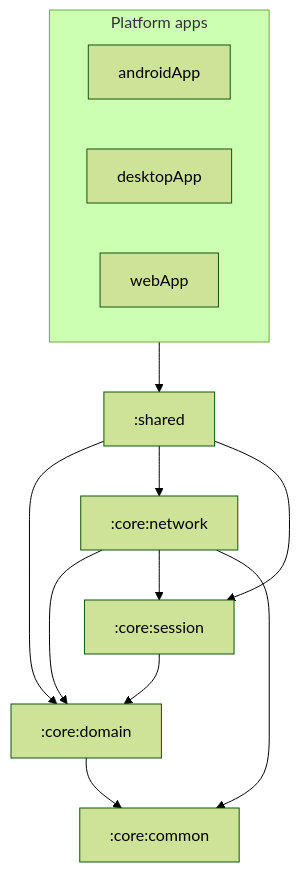
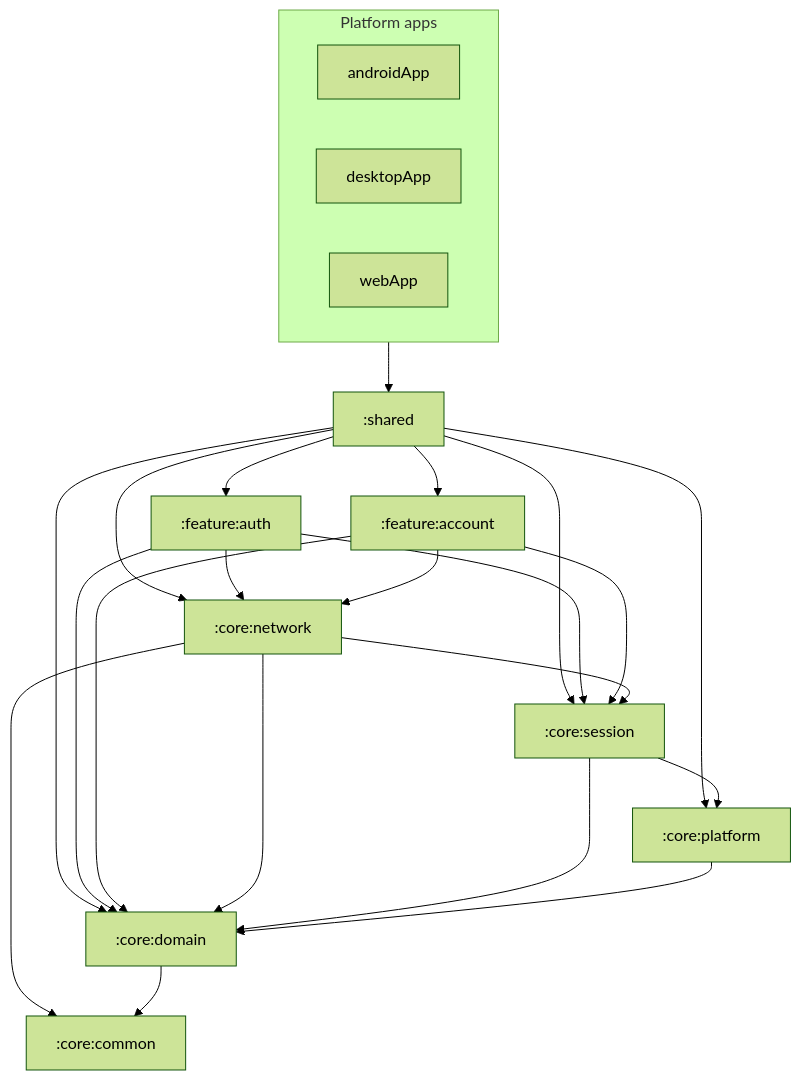
The diagram in docs/dependency-rules.md (cavidyrm/vitran-frontend), drawn with Mermaid (forest theme) before and after one commit. The commit also changed other lines of this file and 113 other files, not shown here.

First line of the commit message:
Implement Phase 3 session, authentication, and account infrastructure.

````diff
--- a/docs/dependency-rules.md
+++ b/docs/dependency-rules.md
@@ -7,24 +7,38 @@
 ```mermaid
 flowchart TB
   subgraph apps [Platform apps]
     androidApp
     desktopApp
     webApp
   end
 
   sharedMod[":shared"]
+  featAuth[":feature:auth"]
+  featAccount[":feature:account"]
   coreDomain[":core:domain"]
   coreNetwork[":core:network"]
   coreSession[":core:session"]
+  corePlatform[":core:platform"]
   coreCommon[":core:common"]
 
   apps --> sharedMod
+  sharedMod --> featAuth
+  sharedMod --> featAccount
   sharedMod --> coreDomain
   sharedMod --> coreNetwork
   sharedMod --> coreSession
+  sharedMod --> corePlatform
+  featAuth --> coreSession
+  featAuth --> coreNetwork
+  featAuth --> coreDomain
+  featAccount --> coreSession
+  featAccount --> coreNetwork
+  featAccount --> coreDomain
   coreNetwork --> coreDomain
   coreNetwork --> coreSession
   coreNetwork --> coreCommon
   coreSession --> coreDomain
+  coreSession --> corePlatform
+  corePlatform --> coreDomain
   coreDomain --> coreCommon
 ```
````
